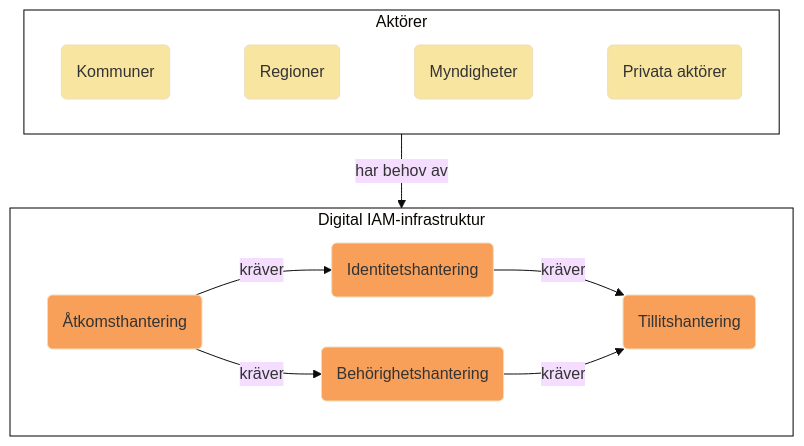
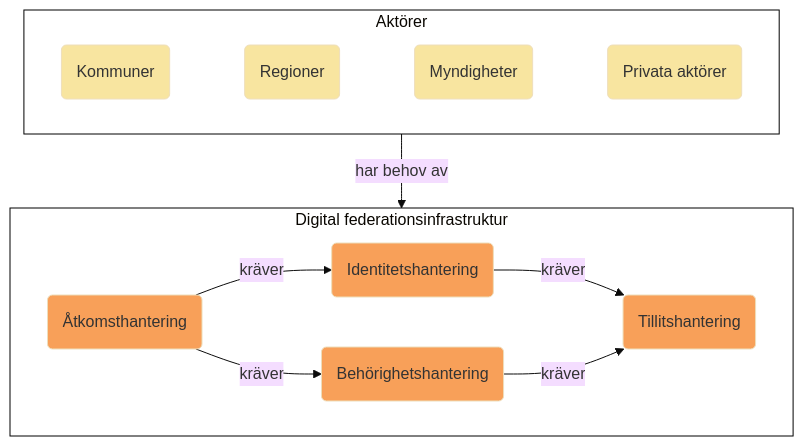
Before and after one commit to diggsweden/ena-authorization: the first of 11 diagrams in architecture/drafts/IAM_TargetArchitecture_Sweden.md, drawn with Mermaid (base theme). The commit also changed other lines of this file, not shown here.

````diff
--- a/architecture/drafts/IAM_TargetArchitecture_Sweden.md
+++ b/architecture/drafts/IAM_TargetArchitecture_Sweden.md
@@ -16,27 +16,27 @@
 ```mermaid
 flowchart TD
 
 classDef org fill:#F8E5A0
 classDef area fill:#F8a059
 classDef box fill:#ffffff,stroke:#000000
 
 subgraph actors[Aktörer]
 direction LR     
  k(Kommuner):::org~~~
  r(Regioner):::org~~~
  m(Myndigheter):::org~~~
  p(Privata aktörer):::org
 end
 actors:::box
 
-subgraph iam[Digital IAM-infrastruktur]
+subgraph iam[Digital federationsinfrastruktur]
  Å(Åtkomsthantering):::area
  I(Identitetshantering):::area
  B(Behörighetshantering):::area
  T(Tillitshantering):::area
 end
 iam:::box
 
 actors--har behov av-->iam
 Å--kräver-->I & B--kräver-->T
 ```
````
